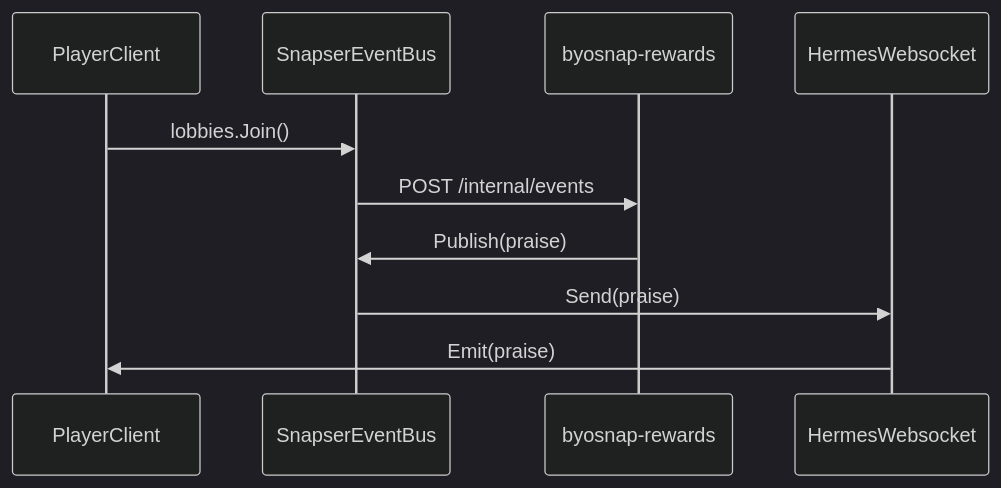
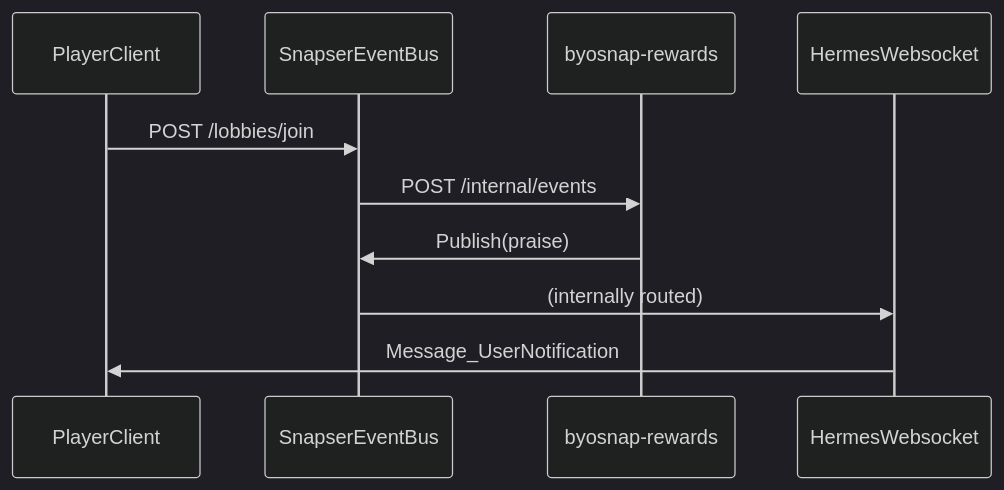
One commit to snapser-community/snapser-byosnaps changed the diagram in byosnap-rewards/README.md. Above: the diagram before and after it, drawn with Mermaid (dark theme). The commit also changed other lines of this file and 12 other files, not shown here.

````diff
--- a/byosnap-rewards/README.md
+++ b/byosnap-rewards/README.md
@@ -28,13 +17,13 @@
 ```mermaid
 sequenceDiagram
     participant PlayerClient
     participant SnapserEventBus
     participant byosnap-rewards
     participant HermesWebsocket
 
-    PlayerClient->>SnapserEventBus: lobbies.Join()
+    PlayerClient->>SnapserEventBus: POST /lobbies/join
     SnapserEventBus->>byosnap-rewards: POST /internal/events
     byosnap-rewards->>SnapserEventBus: Publish(praise)
-    SnapserEventBus->>HermesWebsocket: Send(praise)
-    HermesWebsocket->>PlayerClient: Emit(praise)
+    SnapserEventBus->>HermesWebsocket: (internally routed)
+    HermesWebsocket->>PlayerClient: Message_UserNotification
 ```
````
